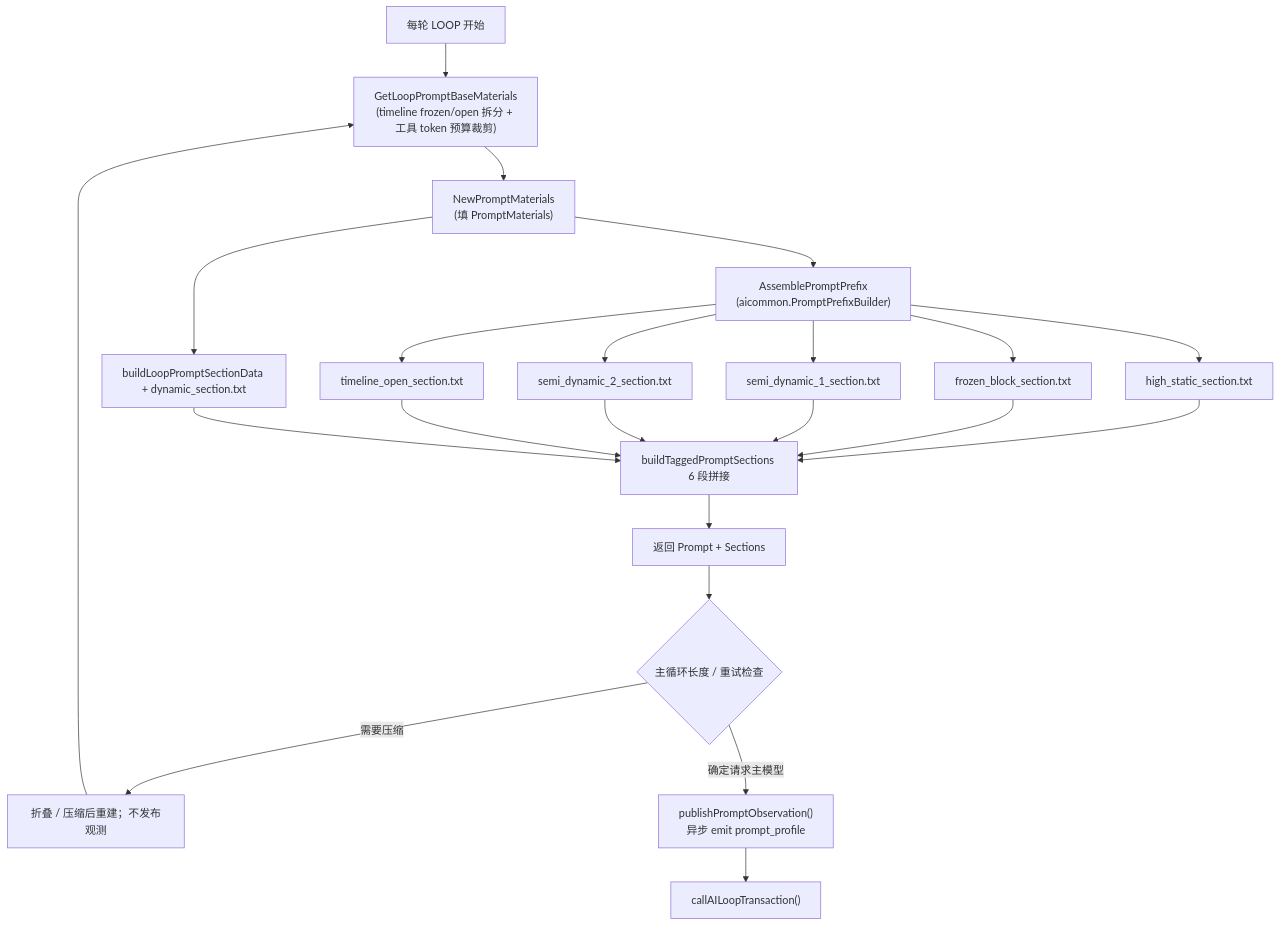
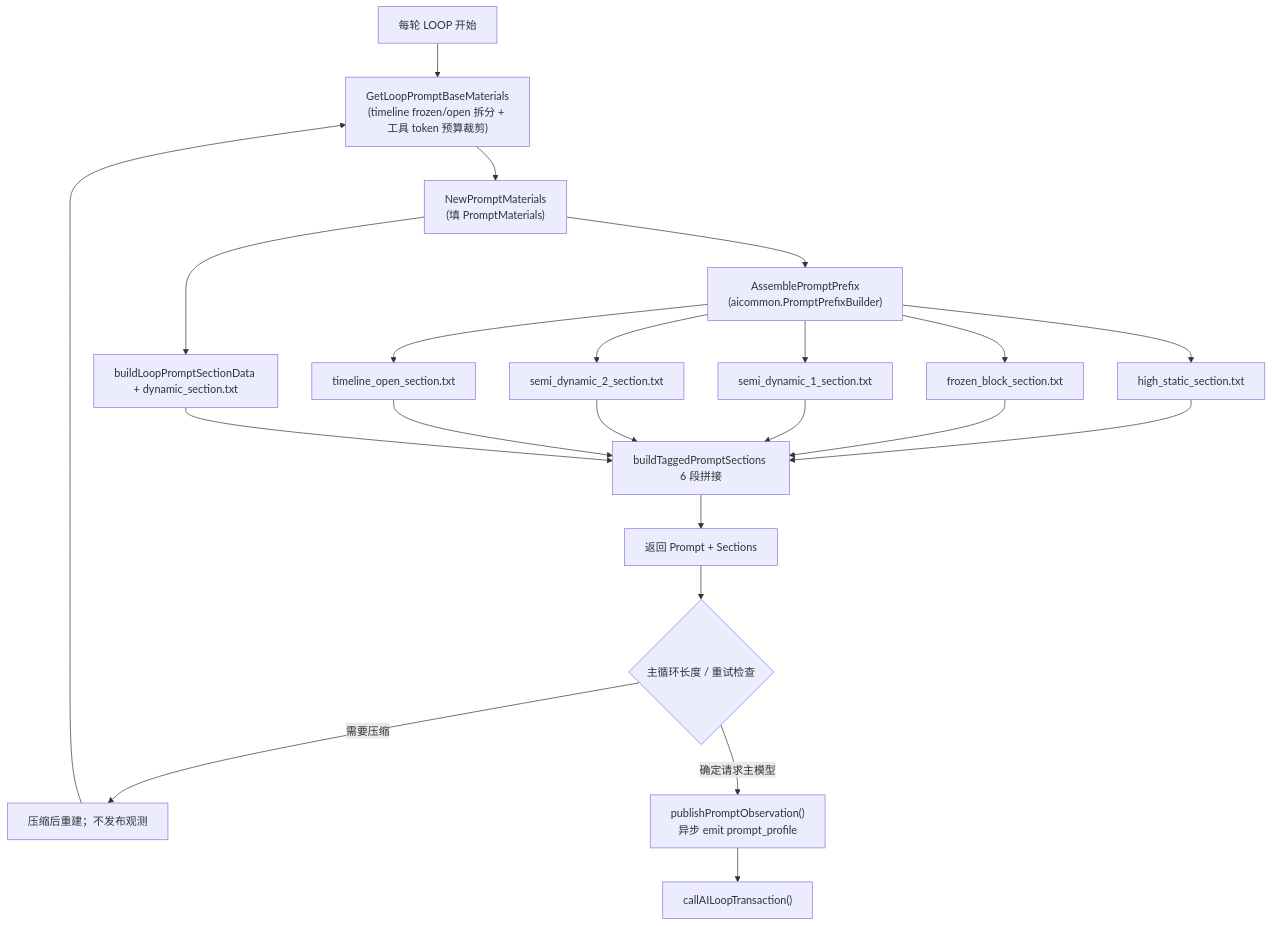
The first of 2 diagrams in common/ai/aid/aireact/reactloops/docs/03-prompt-system.md (yaklang/yaklang), drawn with Mermaid before and after one commit. The commit also changed other lines of this file and 4 other files, not shown here.

First line of the commit message:
docs(ai): update context compression flow

````diff
--- a/common/ai/aid/aireact/reactloops/docs/03-prompt-system.md
+++ b/common/ai/aid/aireact/reactloops/docs/03-prompt-system.md
@@ -18,24 +18,24 @@
 ```mermaid
 flowchart TD
     A["每轮 LOOP 开始"] --> B["GetLoopPromptBaseMaterials<br/>(timeline frozen/open 拆分 + 工具 token 预算裁剪)"]
     B --> C["NewPromptMaterials<br/>(填 PromptMaterials)"]
     C --> D["AssemblePromptPrefix<br/>(aicommon.PromptPrefixBuilder)"]
     D --> D1["high_static_section.txt"]
     D --> D2["frozen_block_section.txt"]
     D --> D3["semi_dynamic_1_section.txt"]
     D --> D4["semi_dynamic_2_section.txt"]
     D --> D5["timeline_open_section.txt"]
     C --> E["buildLoopPromptSectionData + dynamic_section.txt"]
     D1 --> F["buildTaggedPromptSections 6 段拼接"]
     D2 --> F
     D3 --> F
     D4 --> F
     D5 --> F
     E --> F
     F --> G["返回 Prompt + Sections"]
     G --> H{"主循环长度 / 重试检查"}
-    H -->|需要压缩| I["折叠 / 压缩后重建；不发布观测"]
+    H -->|需要压缩| I["压缩后重建；不发布观测"]
     I --> B
     H -->|确定请求主模型| J["publishPromptObservation()<br/>异步 emit prompt_profile"]
     J --> K["callAILoopTransaction()"]
 ```
````
